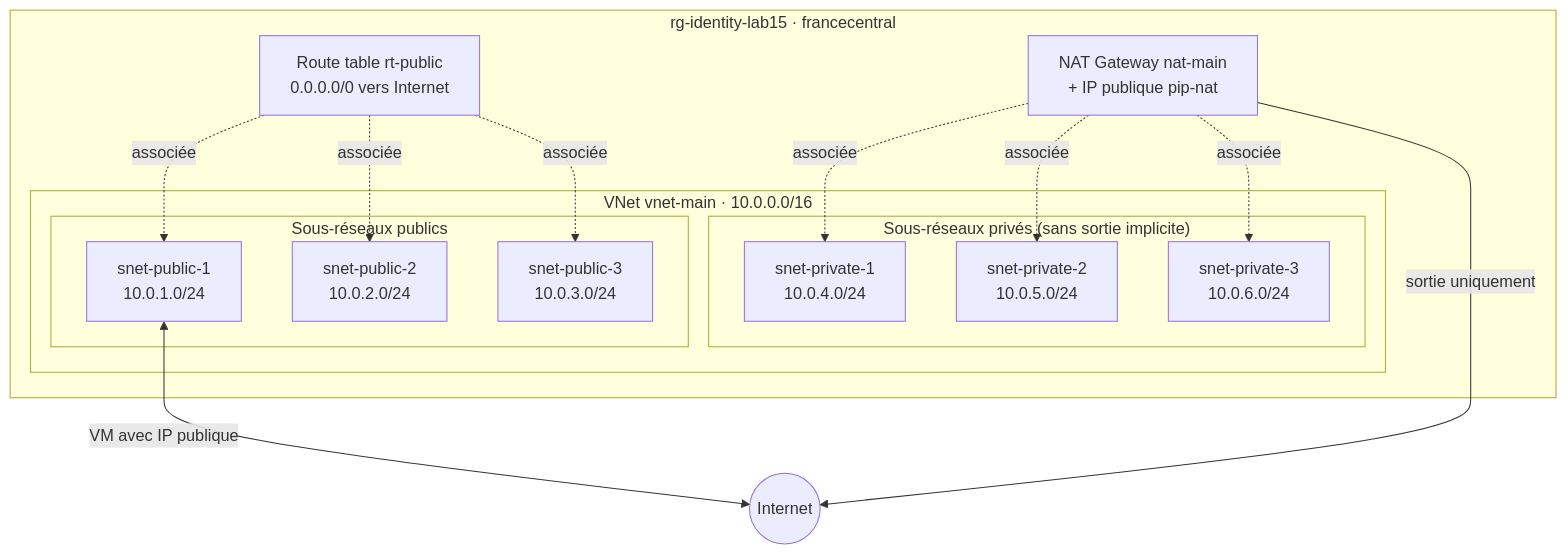
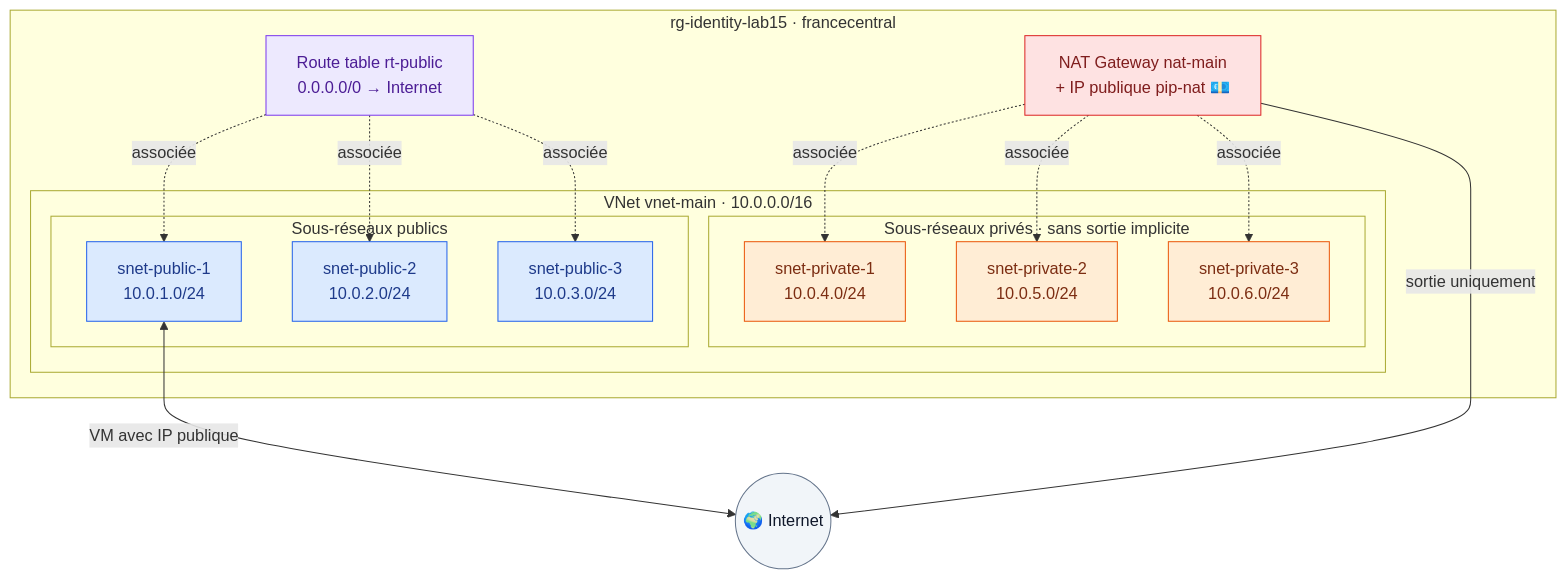
Before and after one commit to hajjiBel/terraform-azure-labs: the diagram in lab15-vnet.md, drawn with Mermaid. The commit also changed other lines of this file and 158 other files, not shown here.

````diff
--- a/lab15-vnet.md
+++ b/lab15-vnet.md
@@ -17,24 +20,29 @@
 ```mermaid
 flowchart TB
-    INET(("Internet"))
+    INET(("🌍 Internet")):::ext
     subgraph RG["rg-identity-lab15 · francecentral"]
         subgraph VNET["VNet vnet-main · 10.0.0.0/16"]
             subgraph PUB["Sous-réseaux publics"]
-                P1["snet-public-1<br/>10.0.1.0/24"]
-                P2["snet-public-2<br/>10.0.2.0/24"]
-                P3["snet-public-3<br/>10.0.3.0/24"]
+                P1["snet-public-1<br/>10.0.1.0/24"]:::net
+                P2["snet-public-2<br/>10.0.2.0/24"]:::net
+                P3["snet-public-3<br/>10.0.3.0/24"]:::net
             end
-            subgraph PRIV["Sous-réseaux privés (sans sortie implicite)"]
-                R1["snet-private-1<br/>10.0.4.0/24"]
-                R2["snet-private-2<br/>10.0.5.0/24"]
-                R3["snet-private-3<br/>10.0.6.0/24"]
+            subgraph PRIV["Sous-réseaux privés · sans sortie implicite"]
+                R1["snet-private-1<br/>10.0.4.0/24"]:::sec
+                R2["snet-private-2<br/>10.0.5.0/24"]:::sec
+                R3["snet-private-3<br/>10.0.6.0/24"]:::sec
             end
         end
-        RT["Route table rt-public<br/>0.0.0.0/0 vers Internet"]
-        NAT["NAT Gateway nat-main<br/>+ IP publique pip-nat"]
+        RT["Route table rt-public<br/>0.0.0.0/0 → Internet"]:::tf
+        NAT["NAT Gateway nat-main<br/>+ IP publique pip-nat 💶"]:::replace
     end
     RT -. "associée" .-> P1 & P2 & P3
     NAT -. "associée" .-> R1 & R2 & R3
     P1 <-- "VM avec IP publique" --> INET
     NAT -- "sortie uniquement" --> INET
+    classDef tf fill:#ede9fe,stroke:#7c3aed,color:#4c1d95
+    classDef net fill:#dbeafe,stroke:#2563eb,color:#1e3a8a
+    classDef sec fill:#ffedd5,stroke:#ea580c,color:#7c2d12
+    classDef replace fill:#fee2e2,stroke:#dc2626,color:#7f1d1d
+    classDef ext fill:#f1f5f9,stroke:#64748b,color:#0f172a
 ```
````
